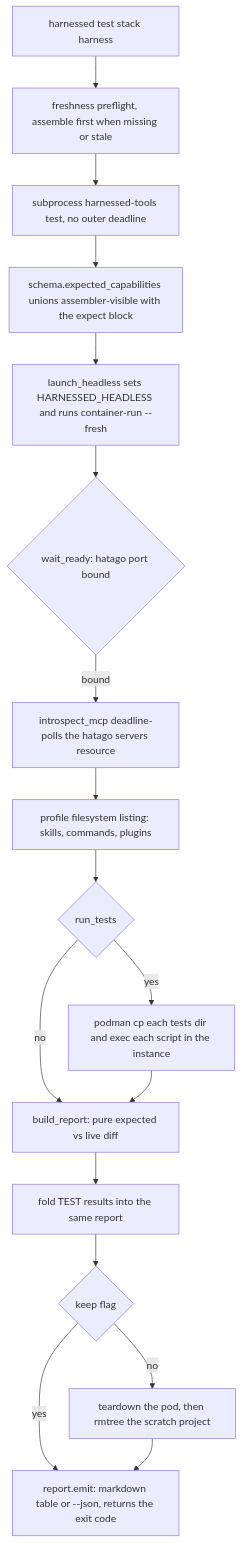
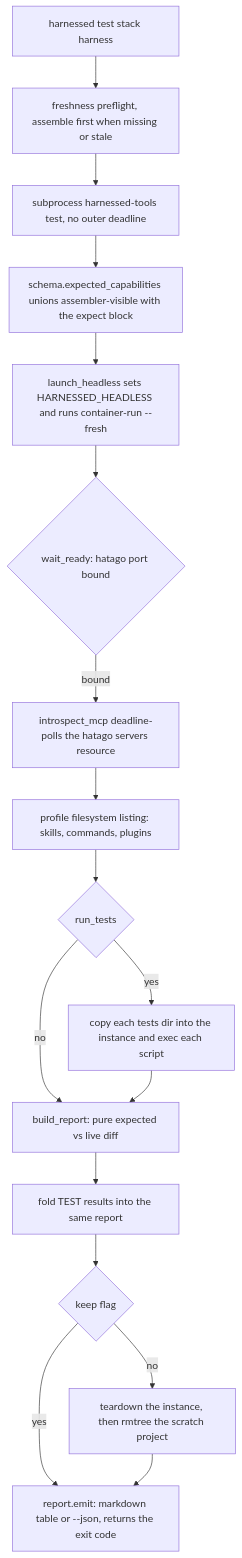
One commit to drmikecrowe/harnessed changed the diagram in openwiki/workflows/capability-test.md. Above: the diagram before and after it, drawn with Mermaid. The commit also changed other lines of this file and 55 other files, not shown here.

````diff
--- a/openwiki/workflows/capability-test.md
+++ b/openwiki/workflows/capability-test.md
@@ -142,19 +218,19 @@
 ```mermaid
 flowchart TD
     entry["harnessed test stack harness"] --> pre["freshness preflight, assemble first when missing or stale"]
     pre --> child["subprocess harnessed-tools test, no outer deadline"]
     child --> oracle["schema.expected_capabilities unions assembler-visible with the expect block"]
     oracle --> launch["launch_headless sets HARNESSED_HEADLESS and runs container-run --fresh"]
     launch --> ready{"wait_ready: hatago port bound"}
     ready -->|bound| mcp["introspect_mcp deadline-polls the hatago servers resource"]
     mcp --> fs["profile filesystem listing: skills, commands, plugins"]
     fs --> rtests{"run_tests"}
-    rtests -->|yes| rt["podman cp each tests dir and exec each script in the instance"]
+    rtests -->|yes| rt["copy each tests dir into the instance and exec each script"]
     rtests -->|no| diff["build_report: pure expected vs live diff"]
     rt --> diff
     diff --> fold["fold TEST results into the same report"]
     fold --> keepflag{"keep flag"}
-    keepflag -->|no| down["teardown the pod, then rmtree the scratch project"]
+    keepflag -->|no| down["teardown the instance, then rmtree the scratch project"]
     keepflag -->|yes| emit
     down --> emit["report.emit: markdown table or --json, returns the exit code"]
 ```
````
